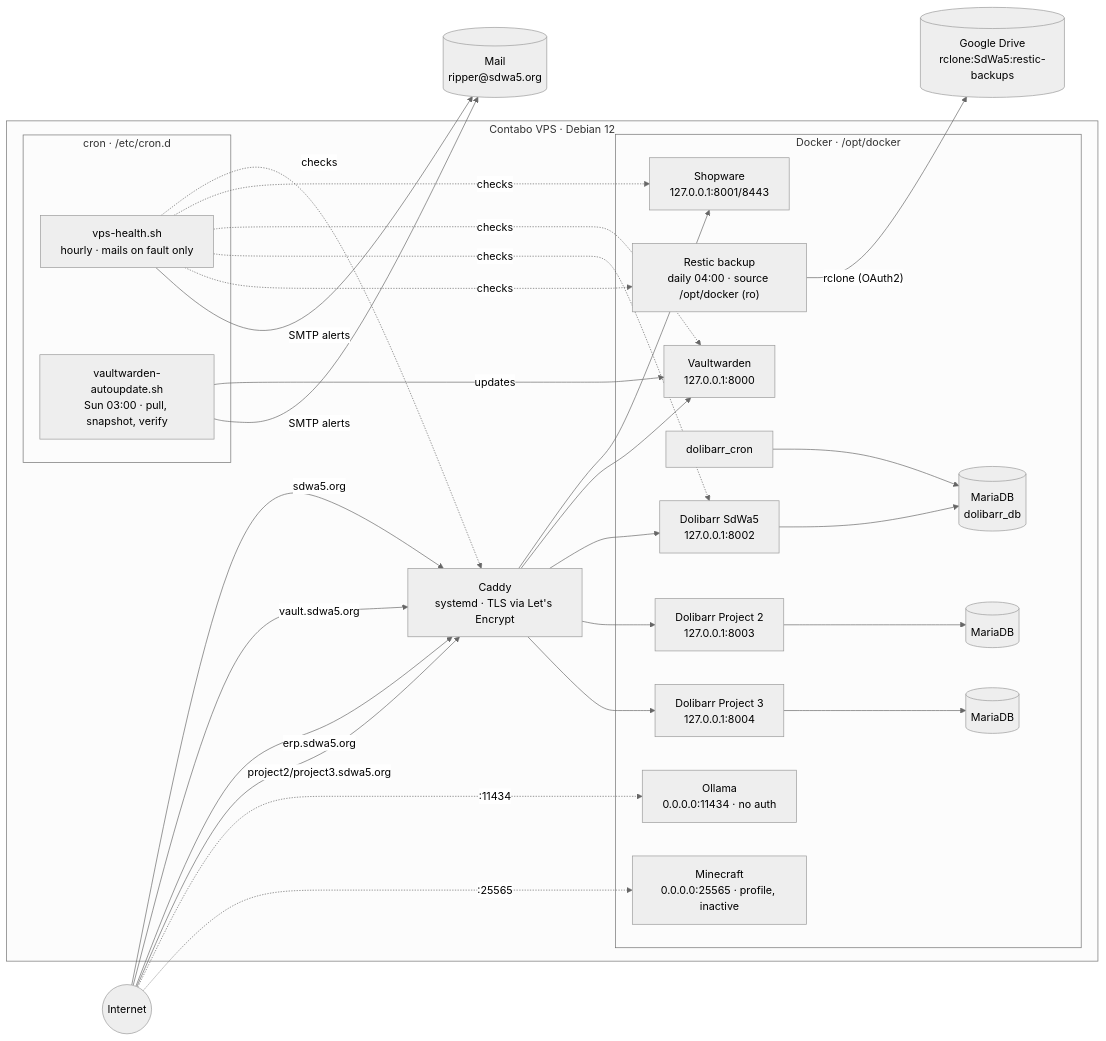
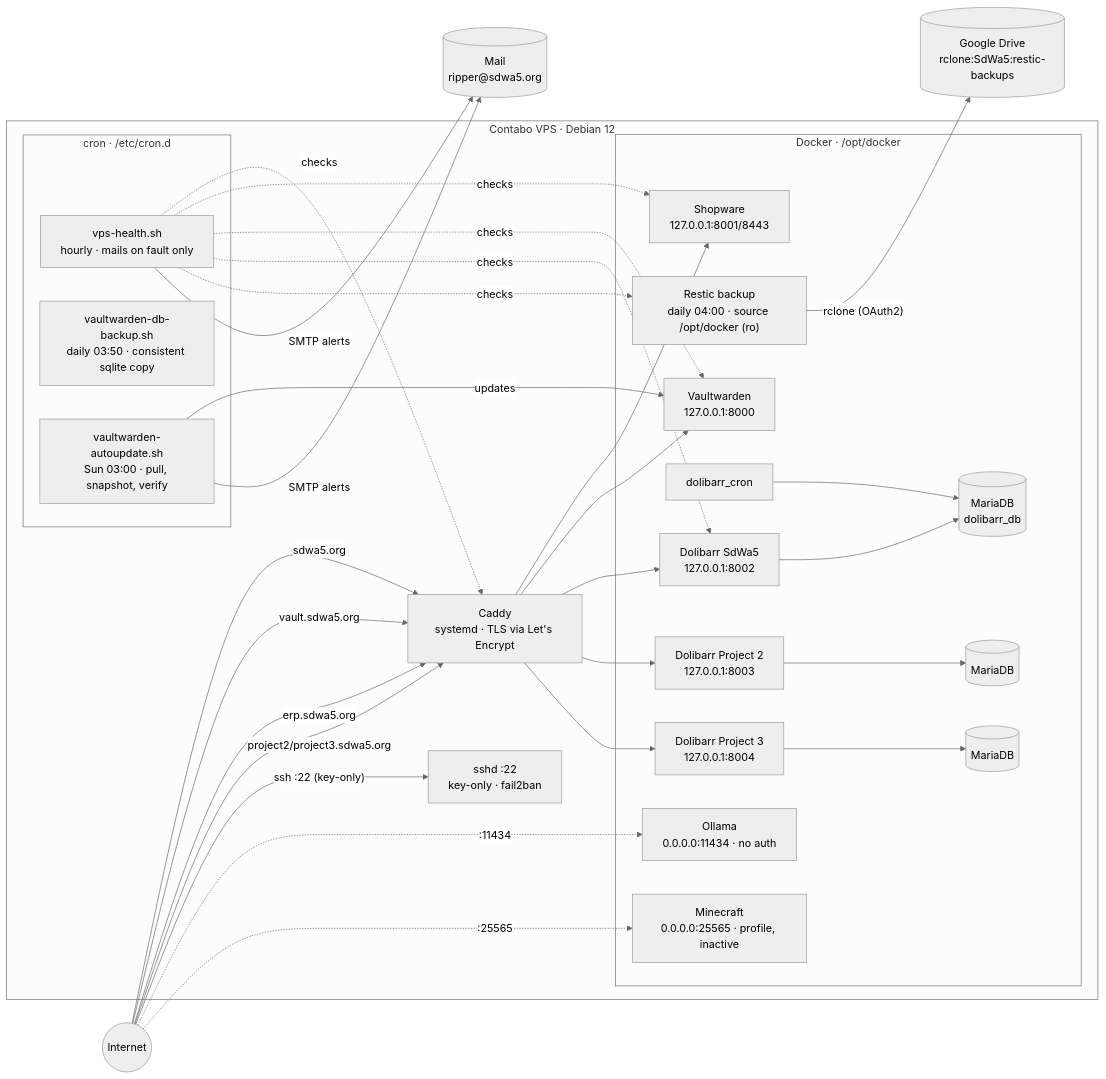
Before and after one commit to SdWa5/vps: the diagram in docs/infrastructure.md, drawn with Mermaid (neutral theme). The commit also changed other lines of this file and 7 other files, not shown here.

````diff
--- a/docs/infrastructure.md
+++ b/docs/infrastructure.md
@@ -7,46 +7,50 @@
 ```mermaid
 flowchart LR
     U((Internet))
 
     subgraph vps ["Contabo VPS · Debian 12"]
         C["Caddy<br/>systemd · TLS via Let's Encrypt"]
 
         subgraph docker ["Docker · /opt/docker"]
             SW["Shopware<br/>127.0.0.1:8001/8443"]
             VW["Vaultwarden<br/>127.0.0.1:8000"]
             DL["Dolibarr SdWa5<br/>127.0.0.1:8002"]
             DLC["dolibarr_cron"]
             DLDB[("MariaDB<br/>dolibarr_db")]
             P2["Dolibarr Project 2<br/>127.0.0.1:8003"]
             P2DB[("MariaDB")]
             P3["Dolibarr Project 3<br/>127.0.0.1:8004"]
             P3DB[("MariaDB")]
             OL["Ollama<br/>0.0.0.0:11434 · no auth"]
             MC["Minecraft<br/>0.0.0.0:25565 · profile, inactive"]
             RS["Restic backup<br/>daily 04:00 · source /opt/docker (ro)"]
         end
 
         subgraph cron ["cron · /etc/cron.d"]
             HC["vps-health.sh<br/>hourly · mails on fault only"]
+            DB["vaultwarden-db-backup.sh<br/>daily 03:50 · consistent sqlite copy"]
             AU["vaultwarden-autoupdate.sh<br/>Sun 03:00 · pull, snapshot, verify"]
         end
+
+        SSHD["sshd :22<br/>key-only · fail2ban"]
     end
 
     GD[("Google Drive<br/>rclone:SdWa5:restic-backups")]
     U -- " sdwa5.org " --> C
     U -- " vault.sdwa5.org " --> C
     U -- " erp.sdwa5.org " --> C
     U -- " project2/project3.sdwa5.org " --> C
+    U -- " ssh :22 (key-only) " --> SSHD
     U -. " :11434 " .-> OL
     U -. " :25565 " .-> MC
     C --> SW & VW & DL
     C --> P2 & P3
     DL --> DLDB
     DLC --> DLDB
     P2 --> P2DB
     P3 --> P3DB
     RS -- " rclone (OAuth2) " --> GD
     HC -. " checks " .-> C & SW & VW & DL & RS
     AU -- " updates " --> VW
     HC & AU -- " SMTP alerts " --> MB[("Mail<br/>ripper@sdwa5.org")]
 ```
````
